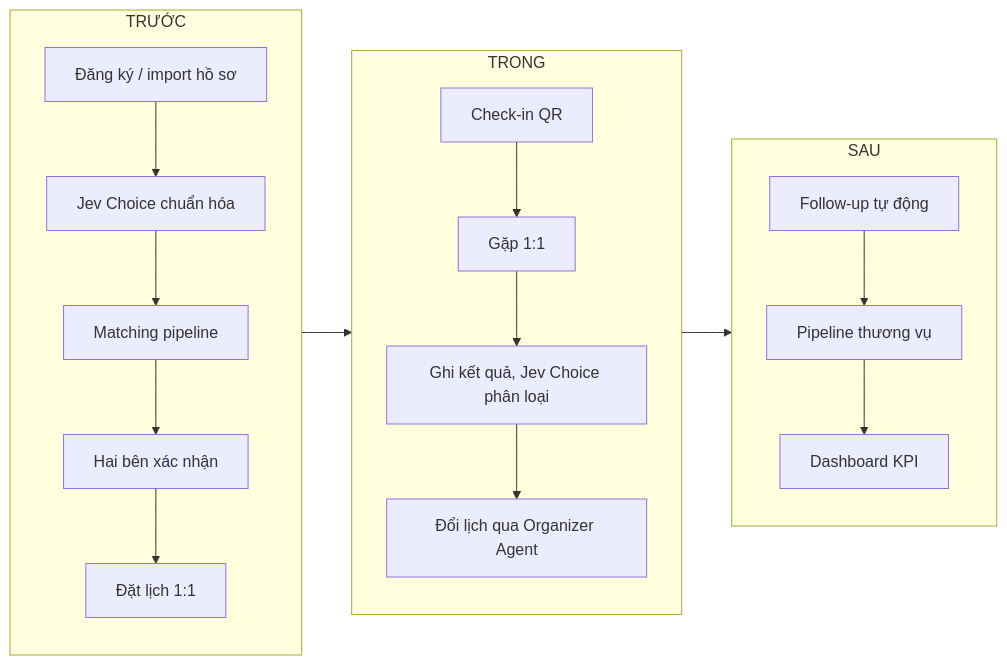
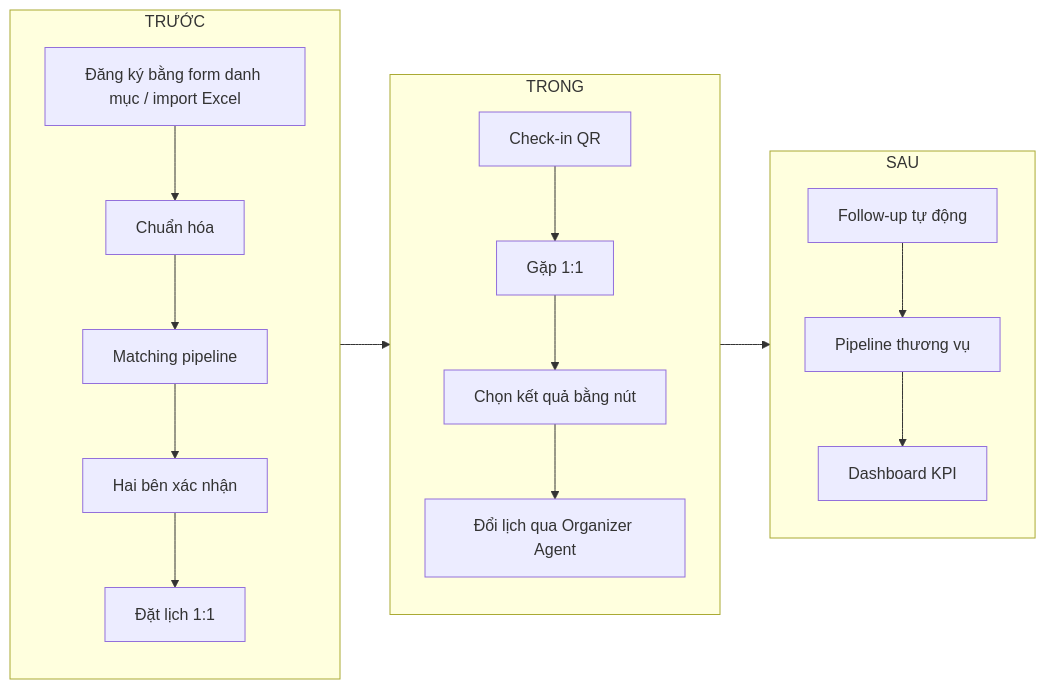
The fourth of 11 diagrams in README.md (Trung1234/davas-matching), drawn with Mermaid before and after one commit. The commit also changed other lines of this file, not shown here.

````diff
--- a/README.md
+++ b/README.md
@@ -344,19 +427,19 @@
 ```mermaid
 flowchart LR
     subgraph T["TRƯỚC"]
-        A1["Đăng ký / import hồ sơ"] --> A2["Jev Choice chuẩn hóa"]
+        A1["Đăng ký bằng form danh mục / import Excel"] --> A2["Chuẩn hóa"]
         A2 --> A3["Matching pipeline"]
         A3 --> A4["Hai bên xác nhận"]
         A4 --> A5["Đặt lịch 1:1"]
     end
     subgraph D["TRONG"]
         B1["Check-in QR"] --> B2["Gặp 1:1"]
-        B2 --> B3["Ghi kết quả, Jev Choice phân loại"]
+        B2 --> B3["Chọn kết quả bằng nút"]
         B3 --> B4["Đổi lịch qua Organizer Agent"]
     end
     subgraph S["SAU"]
         C1["Follow-up tự động"] --> C2["Pipeline thương vụ"]
         C2 --> C3["Dashboard KPI"]
     end
     T --> D --> S
 ```
````
